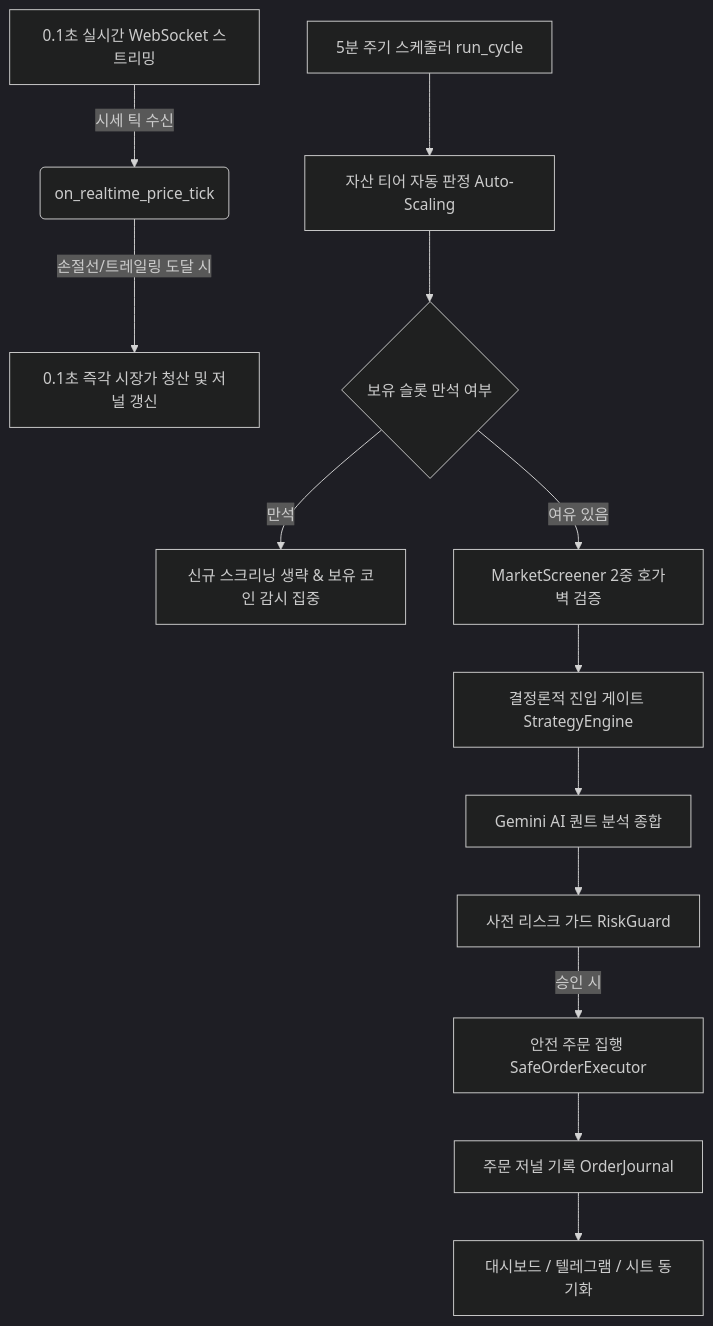
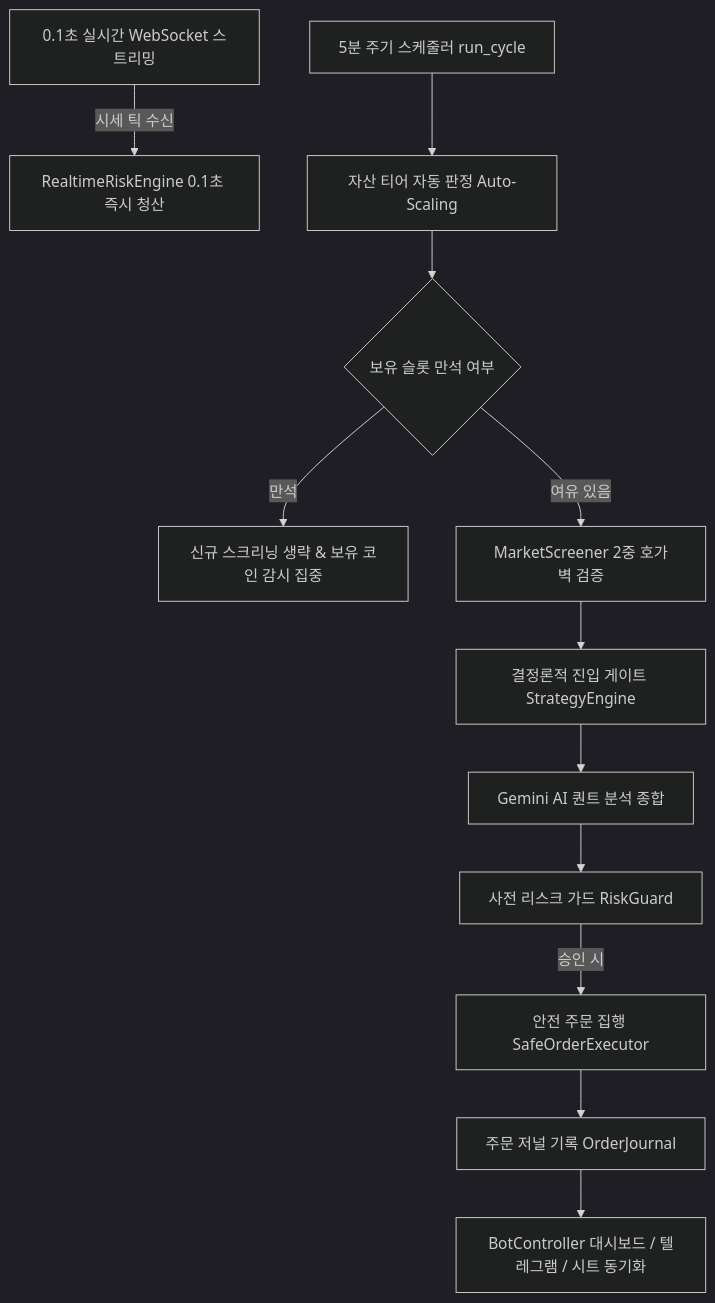
The diagram in PROJECT_DESIGN.md (yoonmyungseok/bithumb), drawn with Mermaid (dark theme) before and after one commit. The commit also changed other lines of this file and 11 other files, not shown here.

First line of the commit message:
feat: Implement real-time risk management engine and associated risk management functionalities

````diff
--- a/PROJECT_DESIGN.md
+++ b/PROJECT_DESIGN.md
@@ -115,16 +111,15 @@
 ```mermaid
 graph TD
-    A[0.1초 실시간 WebSocket 스트리밍] -->|시세 틱 수신| B(on_realtime_price_tick)
-    B -->|손절선/트레일링 도달 시| C[0.1초 즉각 시장가 청산 및 저널 갱신]
+    A[0.1초 실시간 WebSocket 스트리밍] -->|시세 틱 수신| B[RealtimeRiskEngine 0.1초 즉시 청산]
     
     D[5분 주기 스케줄러 run_cycle] --> E[자산 티어 자동 판정 Auto-Scaling]
     E --> F{보유 슬롯 만석 여부}
     F -->|만석| G[신규 스크리닝 생략 & 보유 코인 감시 집중]
     F -->|여유 있음| H[MarketScreener 2중 호가벽 검증]
     H --> I[결정론적 진입 게이트 StrategyEngine]
     I --> J[Gemini AI 퀀트 분석 종합]
     J --> K[사전 리스크 가드 RiskGuard]
     K -->|승인 시| L[안전 주문 집행 SafeOrderExecutor]
     L --> M[주문 저널 기록 OrderJournal]
-    M --> N[대시보드 / 텔레그램 / 시트 동기화]
+    M --> N[BotController 대시보드 / 텔레그램 / 시트 동기화]
 ```
````
